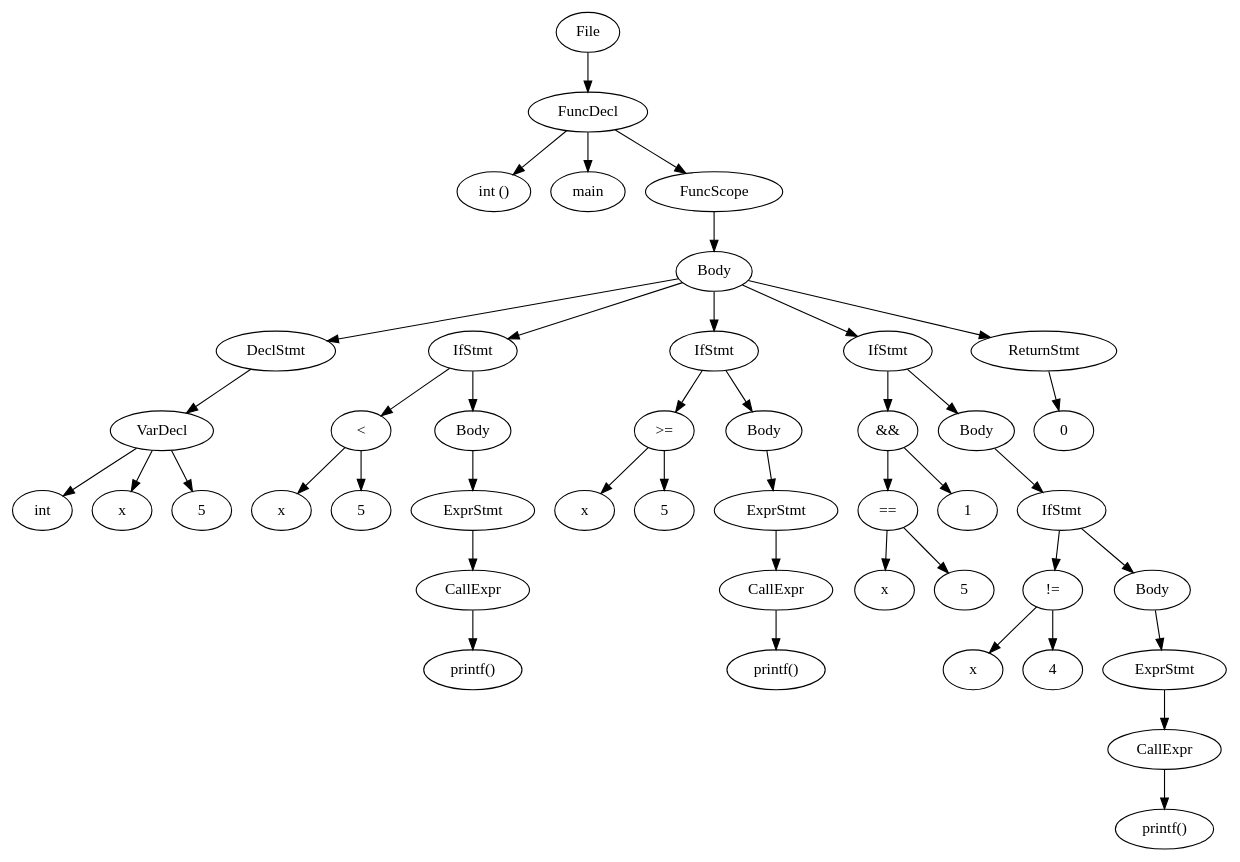
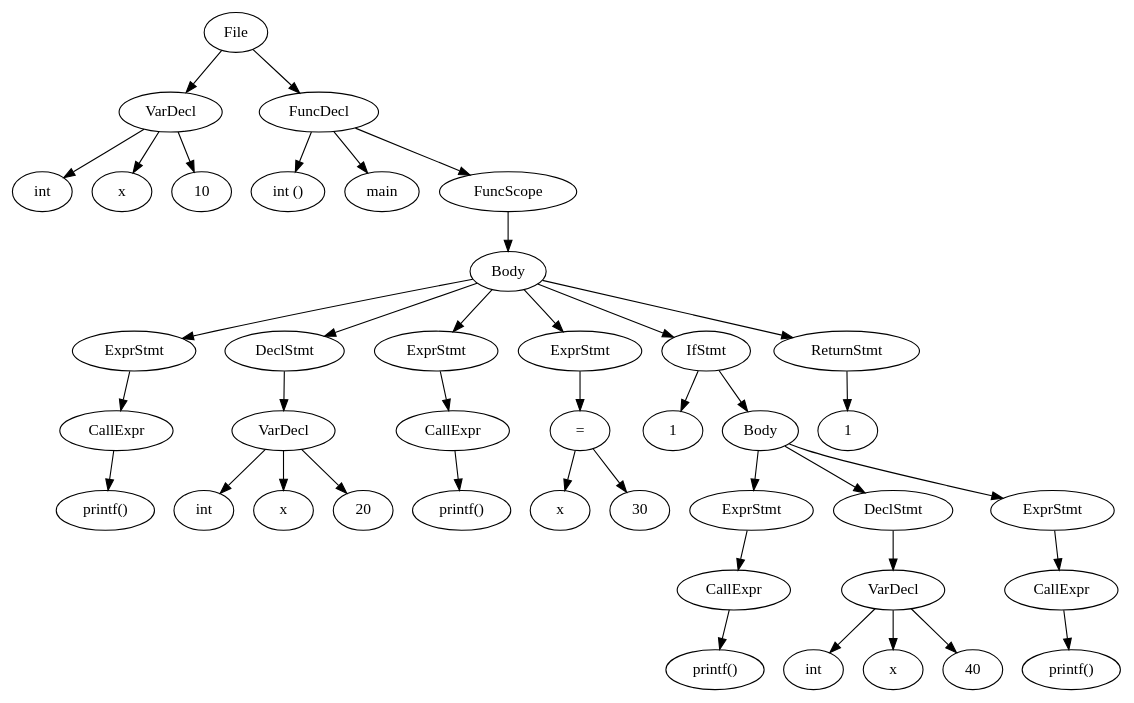
Before and after one commit to LarsDeLeeuw/Compilers: the diagram in src/output.dot, drawn with Graphviz. The commit also changed 6 other files, not shown here.

```diff
--- a/src/output.dot
+++ b/src/output.dot
@@ -1,88 +1,82 @@
 digraph {n0 [label="File"];
-n1 [label="FuncDecl"];
-n2 [label="int ()"];
-n3 [label="main"];
-n4 [label="FuncScope"];
-n6 [label="Body"];
-n8 [label="DeclStmt"];
-n9 [label="VarDecl"];
-n10 [label="int"];
-n11 [label="x"];
-n12 [label="5"];
-n13 [label="IfStmt"];
-n15 [label="<"];
-n16 [label="x"];
-n17 [label="5"];
-n18 [label="Body"];
-n20 [label="ExprStmt"];
-n21 [label="CallExpr"];
-n22 [label="printf()"];
-n24 [label="IfStmt"];
-n26 [label=">="];
+n1 [label="VarDecl"];
+n2 [label="int"];
+n3 [label="x"];
+n4 [label="10"];
+n5 [label="FuncDecl"];
+n6 [label="int ()"];
+n7 [label="main"];
+n8 [label="FuncScope"];
+n10 [label="Body"];
+n12 [label="ExprStmt"];
+n13 [label="CallExpr"];
+n14 [label="printf()"];
+n16 [label="DeclStmt"];
+n17 [label="VarDecl"];
+n18 [label="int"];
+n19 [label="x"];
+n20 [label="20"];
+n21 [label="ExprStmt"];
+n22 [label="CallExpr"];
+n23 [label="printf()"];
+n25 [label="ExprStmt"];
+n26 [label="="];
 n27 [label="x"];
-n28 [label="5"];
-n29 [label="Body"];
-n31 [label="ExprStmt"];
-n32 [label="CallExpr"];
-n33 [label="printf()"];
-n35 [label="IfStmt"];
-n37 [label="&&"];
-n38 [label="=="];
-n39 [label="x"];
-n40 [label="5"];
-n41 [label="1"];
-n42 [label="Body"];
-n44 [label="IfStmt"];
-n46 [label="!="];
-n47 [label="x"];
-n48 [label="4"];
-n49 [label="Body"];
-n51 [label="ExprStmt"];
-n52 [label="CallExpr"];
-n53 [label="printf()"];
-n55 [label="ReturnStmt"];
-n56 [label="0"];
+n28 [label="30"];
+n29 [label="IfStmt"];
+n31 [label="1"];
+n32 [label="Body"];
+n34 [label="ExprStmt"];
+n35 [label="CallExpr"];
+n36 [label="printf()"];
+n38 [label="DeclStmt"];
+n39 [label="VarDecl"];
+n40 [label="int"];
+n41 [label="x"];
+n42 [label="40"];
+n43 [label="ExprStmt"];
+n44 [label="CallExpr"];
+n45 [label="printf()"];
+n47 [label="ReturnStmt"];
+n48 [label="1"];
 n0 -> n1
 n1 -> n2
 n1 -> n3
 n1 -> n4
-n4 -> n6
-n6 -> n8
-n8 -> n9
-n9 -> n10
-n9 -> n11
-n9 -> n12
-n6 -> n13
-n13 -> n15
-n15 -> n16
-n15 -> n17
-n13 -> n18
-n18 -> n20
-n20 -> n21
+n0 -> n5
+n5 -> n6
+n5 -> n7
+n5 -> n8
+n8 -> n10
+n10 -> n12
+n12 -> n13
+n13 -> n14
+n10 -> n16
+n16 -> n17
+n17 -> n18
+n17 -> n19
+n17 -> n20
+n10 -> n21
 n21 -> n22
-n6 -> n24
-n24 -> n26
+n22 -> n23
+n10 -> n25
+n25 -> n26
 n26 -> n27
 n26 -> n28
-n24 -> n29
+n10 -> n29
 n29 -> n31
-n31 -> n32
-n32 -> n33
-n6 -> n35
-n35 -> n37
-n37 -> n38
+n29 -> n32
+n32 -> n34
+n34 -> n35
+n35 -> n36
+n32 -> n38
 n38 -> n39
-n38 -> n40
-n37 -> n41
-n35 -> n42
-n42 -> n44
-n44 -> n46
-n46 -> n47
-n46 -> n48
-n44 -> n49
-n49 -> n51
-n51 -> n52
-n52 -> n53
-n6 -> n55
-n55 -> n56
+n39 -> n40
+n39 -> n41
+n39 -> n42
+n32 -> n43
+n43 -> n44
+n44 -> n45
+n10 -> n47
+n47 -> n48
 }
```
